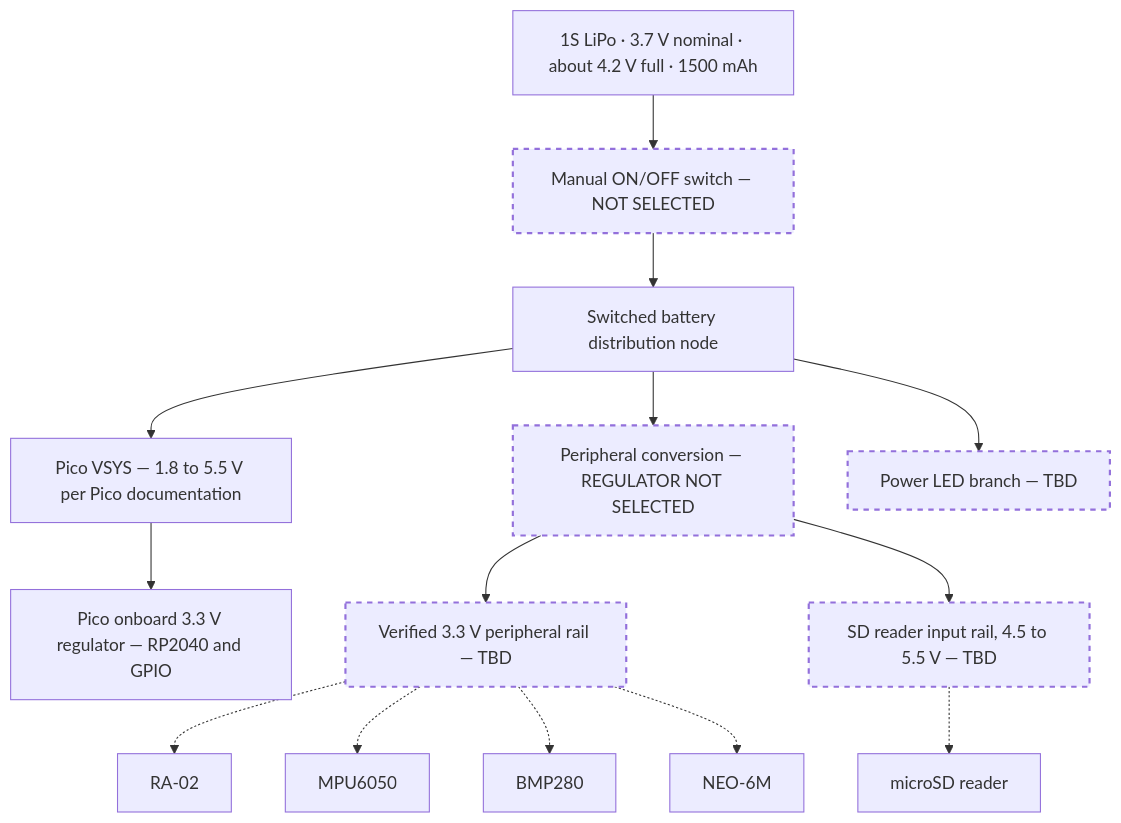
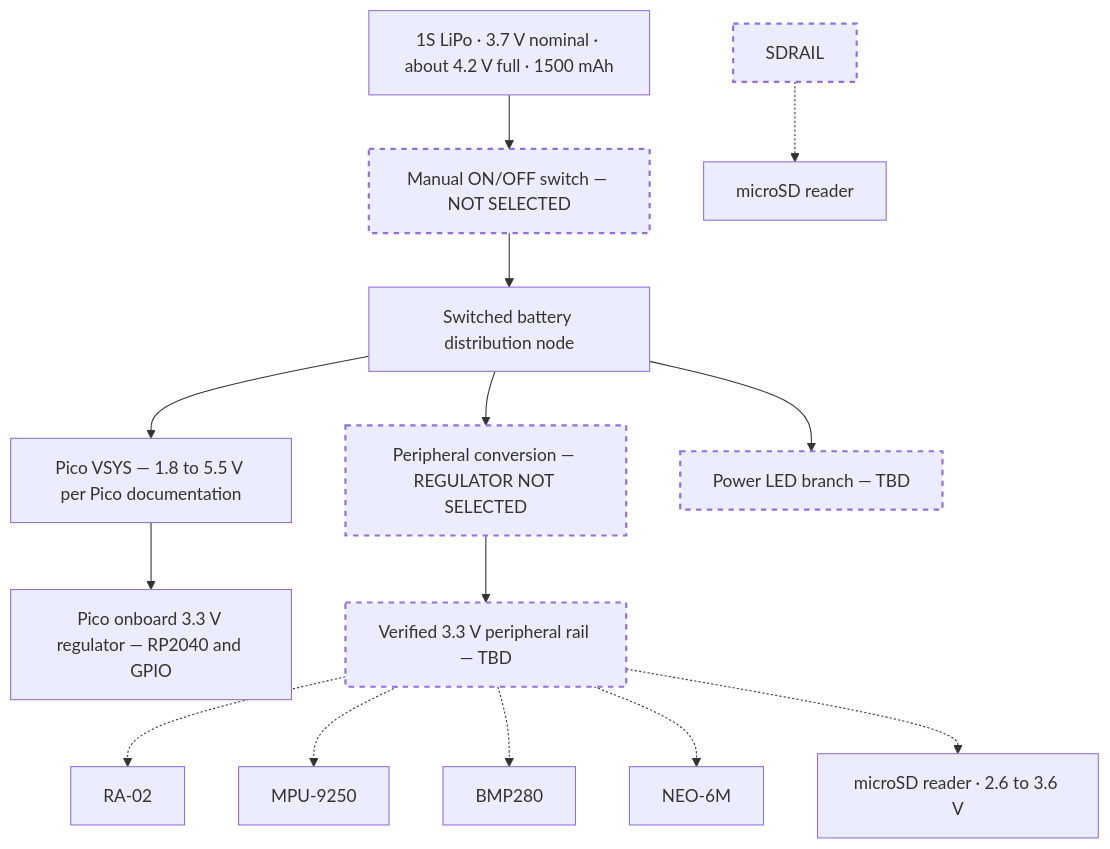
One commit to KunjSorathiya/CanSat-2026 changed the third of 4 diagrams in documentation/design/wiring.md. Above: the diagram before and after it, drawn with Mermaid. The commit also changed other lines of this file and 83 other files, not shown here.

````diff
--- a/documentation/design/wiring.md
+++ b/documentation/design/wiring.md
@@ -208,28 +225,27 @@
 ```mermaid
 flowchart TD
     BAT["1S LiPo · 3.7 V nominal · about 4.2 V full · 1500 mAh"]
     SW["Manual ON/OFF switch — NOT SELECTED"]
     NODE["Switched battery distribution node"]
     VSYS["Pico VSYS — 1.8 to 5.5 V per Pico documentation"]
     P33["Pico onboard 3.3 V regulator — RP2040 and GPIO"]
     CONV["Peripheral conversion — REGULATOR NOT SELECTED"]
     RAIL["Verified 3.3 V peripheral rail — TBD"]
-    SDRAIL["SD reader input rail, 4.5 to 5.5 V — TBD"]
     PLED["Power LED branch — TBD"]
 
     BAT --> SW --> NODE
     NODE --> VSYS --> P33
     NODE --> CONV
     CONV --> RAIL
-    CONV --> SDRAIL
     NODE --> PLED
 
     RAIL -.-> LORA["RA-02"]
-    RAIL -.-> IMU["MPU6050"]
+    RAIL -.-> IMU["MPU-9250"]
     RAIL -.-> BARO["BMP280"]
     RAIL -.-> GPS["NEO-6M"]
+    RAIL -.-> SD["microSD reader · 2.6 to 3.6 V"]
     SDRAIL -.-> SDM["microSD reader"]
 
     classDef tbd stroke-dasharray: 5 5,stroke-width:2px
     class SW,CONV,RAIL,SDRAIL,PLED tbd
 ```
````
